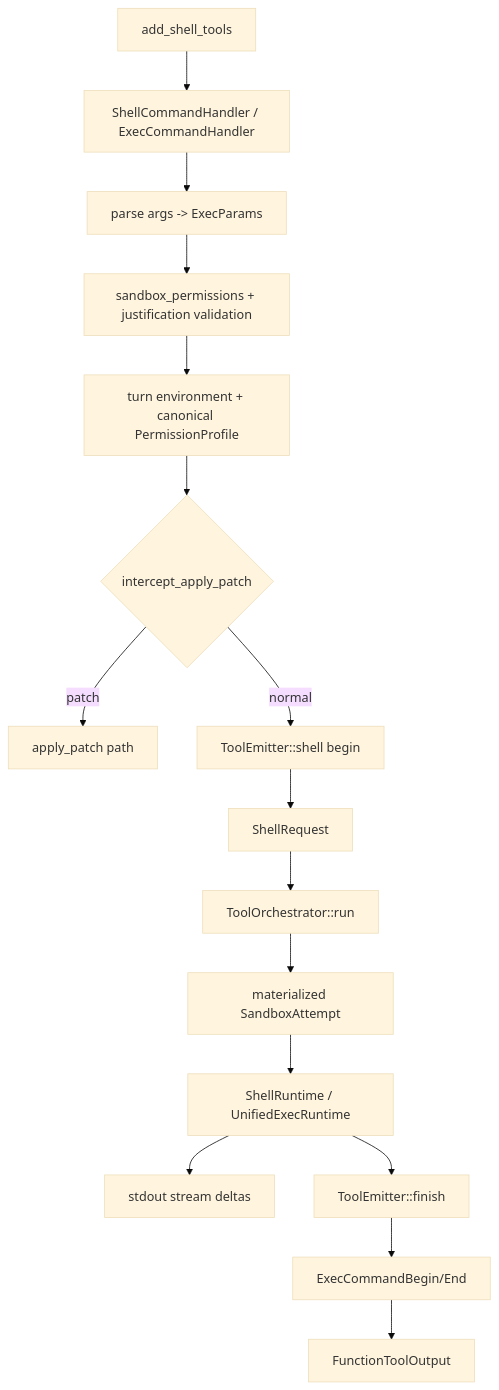
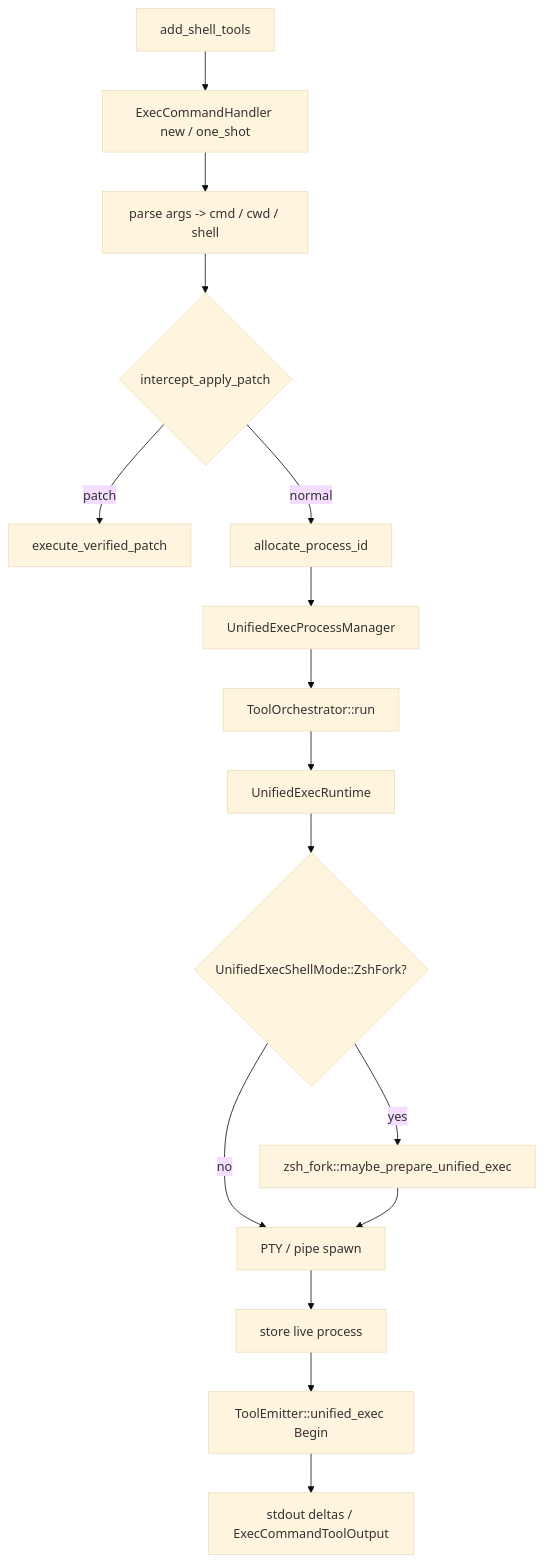
The diagram in docs/llm-wiki/codex/spine/shell-exec-flow.md (wdnmdtonyma/SOTA-Agent-LLM-Wiki), drawn with Mermaid (base theme) before and after one commit. The commit also changed other lines of this file and 196 other files, not shown here.

````diff
--- a/docs/llm-wiki/codex/spine/shell-exec-flow.md
+++ b/docs/llm-wiki/codex/spine/shell-exec-flow.md
@@ -24,18 +24,18 @@
 ```mermaid
 flowchart TD
-    SPEC["add_shell_tools"] --> HANDLER["ShellCommandHandler / ExecCommandHandler"]
-    HANDLER --> PARAMS["parse args -> ExecParams"]
-    PARAMS --> VALIDATE["sandbox_permissions + justification validation"]
-    VALIDATE --> ENV["turn environment + canonical PermissionProfile"]
-    ENV --> PATCH{"intercept_apply_patch"}
-    PATCH -->|patch| APPLY["apply_patch path"]
-    PATCH -->|normal| EMIT["ToolEmitter::shell begin"]
-    EMIT --> REQ["ShellRequest"]
-    REQ --> ORCH["ToolOrchestrator::run"]
-    ORCH --> ATTEMPT["materialized SandboxAttempt"]
-    ATTEMPT --> RUNTIME["ShellRuntime / UnifiedExecRuntime"]
-    RUNTIME --> STDOUT["stdout stream deltas"]
-    RUNTIME --> FINISH["ToolEmitter::finish"]
-    FINISH --> EVENTS["ExecCommandBegin/End"]
-    EVENTS --> MODEL["FunctionToolOutput"]
+    SPEC["add_shell_tools"] --> HANDLER["ExecCommandHandler new / one_shot"]
+    HANDLER --> PARAMS["parse args -> cmd / cwd / shell"]
+    PARAMS --> PATCH{"intercept_apply_patch"}
+    PATCH -->|patch| APPLY["execute_verified_patch"]
+    PATCH -->|normal| PID["allocate_process_id"]
+    PID --> MGR["UnifiedExecProcessManager"]
+    MGR --> ORCH["ToolOrchestrator::run"]
+    ORCH --> RT["UnifiedExecRuntime"]
+    RT --> ZSH{"UnifiedExecShellMode::ZshFork?"}
+    ZSH -->|yes| ZF["zsh_fork::maybe_prepare_unified_exec"]
+    ZSH -->|no| SPAWN["PTY / pipe spawn"]
+    ZF --> SPAWN
+    SPAWN --> STORE["store live process"]
+    STORE --> BEGIN["ToolEmitter::unified_exec Begin"]
+    BEGIN --> OUT["stdout deltas / ExecCommandToolOutput"]
 ```
````
